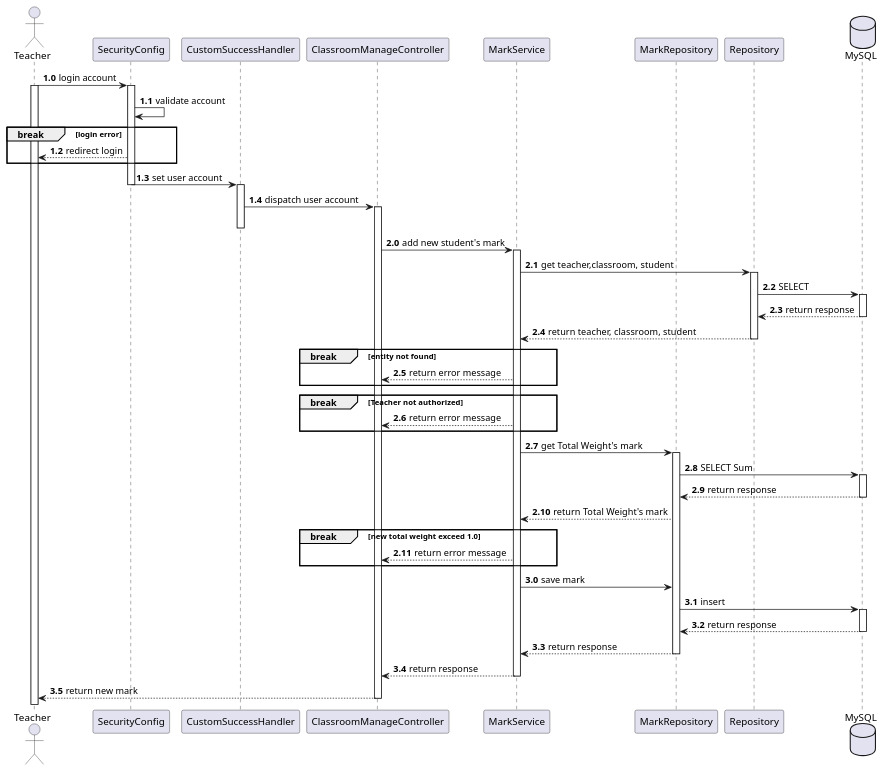
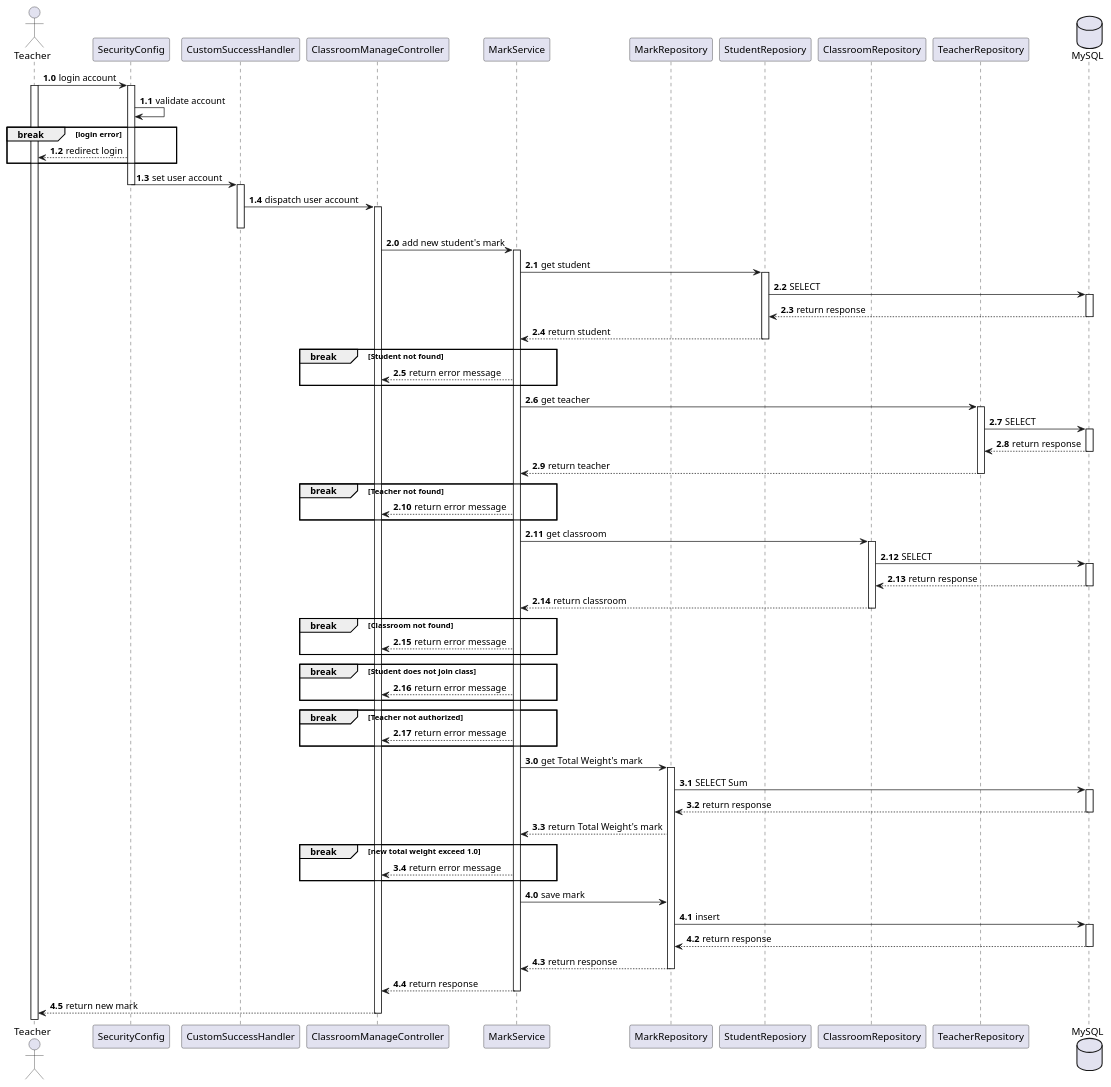
One commit to kientthe163256/student-management-fa22 changed the diagram in uml/teacher/addMarkbyClassandStudent.puml. Above: the diagram before and after it, drawn with PlantUML. The commit also changed 15 other files, not shown here.

```diff
--- a/uml/teacher/addMarkbyClassandStudent.puml
+++ b/uml/teacher/addMarkbyClassandStudent.puml
@@ -1,70 +1,99 @@
 @startuml
 Actor Teacher
 participant SecurityConfig
 participant CustomSuccessHandler
 participant ClassroomManageController
 participant MarkService
 participant MarkRepository
-participant Repository
+participant StudentReposiory
+participant ClassroomRepository
+participant TeacherRepository
 database MySQL
 
 autonumber 1.0
 Teacher -> SecurityConfig: login account
 
 activate Teacher
 activate SecurityConfig
 autonumber 1.1
 SecurityConfig -> SecurityConfig: validate account
 break login error
 SecurityConfig --> Teacher: redirect login
 end
 SecurityConfig -> CustomSuccessHandler: set user account
 deactivate SecurityConfig
 activate CustomSuccessHandler
 CustomSuccessHandler -> ClassroomManageController: dispatch user account
 activate ClassroomManageController
 deactivate CustomSuccessHandler
 
 autonumber 2.0
 ClassroomManageController -> MarkService: add new student's mark
 activate MarkService
-MarkService ->Repository: get teacher,classroom, student
-activate Repository
-Repository -> MySQL: SELECT
-activate MySQL
-MySQL --> Repository: return response
-deactivate MySQL
-Repository --> MarkService: return teacher, classroom, student
-deactivate Repository
-break entity not found
+autonumber 2.1
+
+    MarkService ->StudentReposiory: get student
+                 activate StudentReposiory
+                 StudentReposiory -> MySQL: SELECT
+                 activate MySQL
+                 MySQL --> StudentReposiory: return response
+                 deactivate MySQL
+                 StudentReposiory --> MarkService: return student
+                 deactivate StudentReposiory
+                 break Student not found
+                 MarkService --> ClassroomManageController: return error message
+                 end
+                 MarkService ->TeacherRepository: get teacher
+                         activate TeacherRepository
+                         TeacherRepository -> MySQL: SELECT
+                         activate MySQL
+                         MySQL --> TeacherRepository: return response
+                         deactivate MySQL
+                         TeacherRepository --> MarkService: return teacher
+                         deactivate TeacherRepository
+                 break Teacher not found
+                 MarkService --> ClassroomManageController: return error message
+                 end
+                 MarkService -> ClassroomRepository: get classroom
+                         activate ClassroomRepository
+                         ClassroomRepository -> MySQL: SELECT
+                         activate MySQL
+                         MySQL --> ClassroomRepository: return response
+                         deactivate MySQL
+                         ClassroomRepository --> MarkService: return classroom
+                         deactivate ClassroomRepository
+                 break Classroom not found
+                                  MarkService --> ClassroomManageController: return error message
+                                  end
+
+break Student does not join class
 MarkService --> ClassroomManageController: return error message
 end
-
 break Teacher not authorized
 MarkService --> ClassroomManageController: return error message
 end
-
+autonumber 3.0
 MarkService -> MarkRepository: get Total Weight's mark
 activate MarkRepository
 MarkRepository -> MySQL: SELECT Sum
 activate MySQL
 MySQL --> MarkRepository: return response
 deactivate MySQL
 MarkRepository --> MarkService: return Total Weight's mark
 break new total weight exceed 1.0
 MarkService --> ClassroomManageController: return error message
 end
 
-autonumber 3.0
+autonumber 4.0
 MarkService -> MarkRepository: save mark
 MarkRepository -> MySQL: insert
 activate MySQL
 MySQL --> MarkRepository: return response
 deactivate MySQL
 MarkRepository --> MarkService: return response
 deactivate MarkRepository
 MarkService --> ClassroomManageController: return response
 deactivate MarkService
 ClassroomManageController --> Teacher: return new mark
 deactivate ClassroomManageController
 @enduml
```
